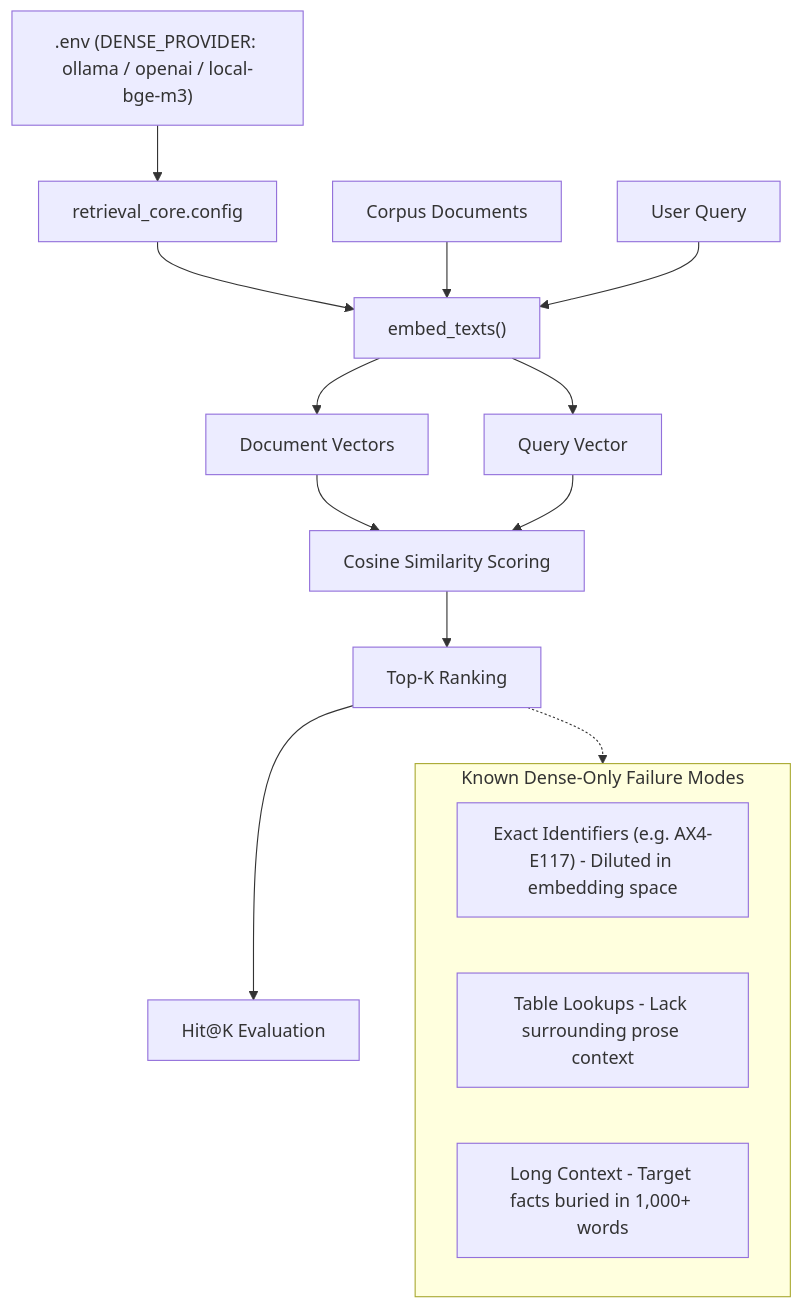
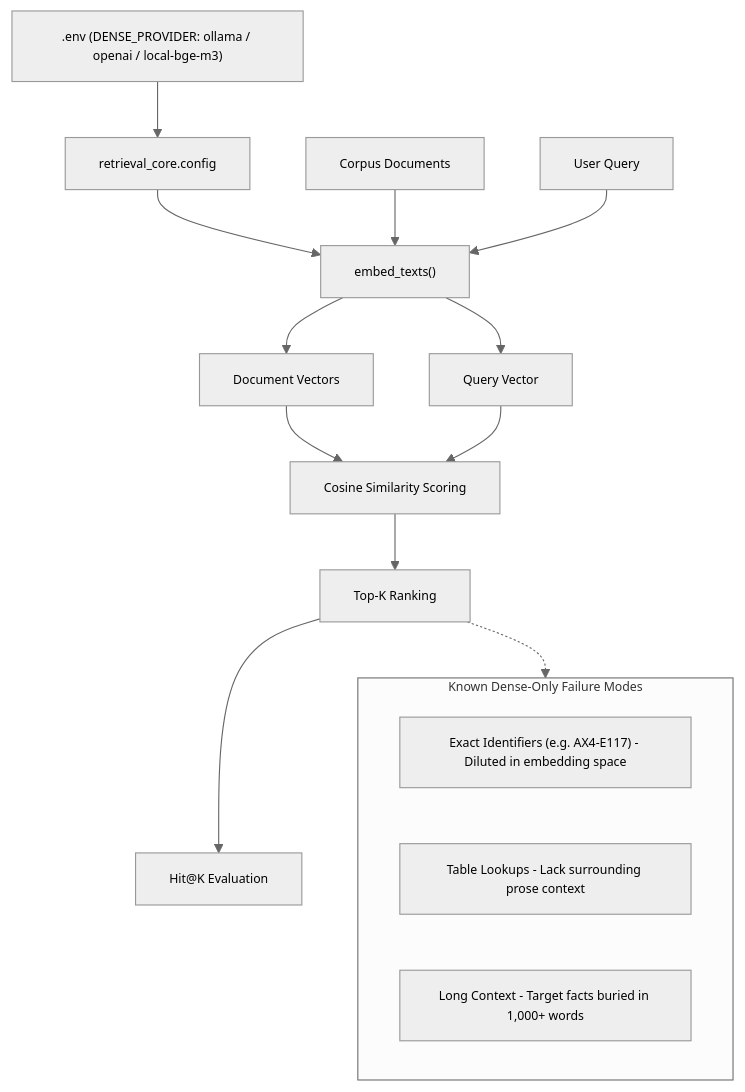
The third of 7 diagrams in docs/workflow.md (the-write-path-code/ch03-taming-hallucination-puzzle), drawn with Mermaid before and after one commit. The commit also changed other lines of this file, not shown here.

Commit message:
Update workflow documentation with new diagrams

````diff
--- a/docs/workflow.md
+++ b/docs/workflow.md
@@ -73,25 +75,26 @@
 ```mermaid
+%%{init: {"theme": "neutral", "themeVariables": {"fontFamily": "Arial, Helvetica, sans-serif", "fontSize": "11px", "actorFontSize": "11px", "noteFontSize": "10px", "messageFontSize": "10px"}}}%%
 flowchart TD
     Env[".env (DENSE_PROVIDER: ollama / openai / local-bge-m3)"] --> Cfg["retrieval_core.config"]
     Cfg --> Embed["embed_texts()"]
     
     Docs["Corpus Documents"] --> Embed
     Query["User Query"] --> Embed
     
     Embed --> DocVecs["Document Vectors"]
     Embed --> QVec["Query Vector"]
     
     DocVecs --> CosSim["Cosine Similarity Scoring"]
     QVec --> CosSim
     
     CosSim --> Rank["Top-K Ranking"]
     Rank --> Eval["Hit@K Evaluation"]
     
     subgraph Failures ["Known Dense-Only Failure Modes"]
         F1["Exact Identifiers (e.g. AX4-E117) - Diluted in embedding space"]
         F2["Table Lookups - Lack surrounding prose context"]
         F3["Long Context - Target facts buried in 1,000+ words"]
     end
     
     Rank -.-> Failures
 ```
````
